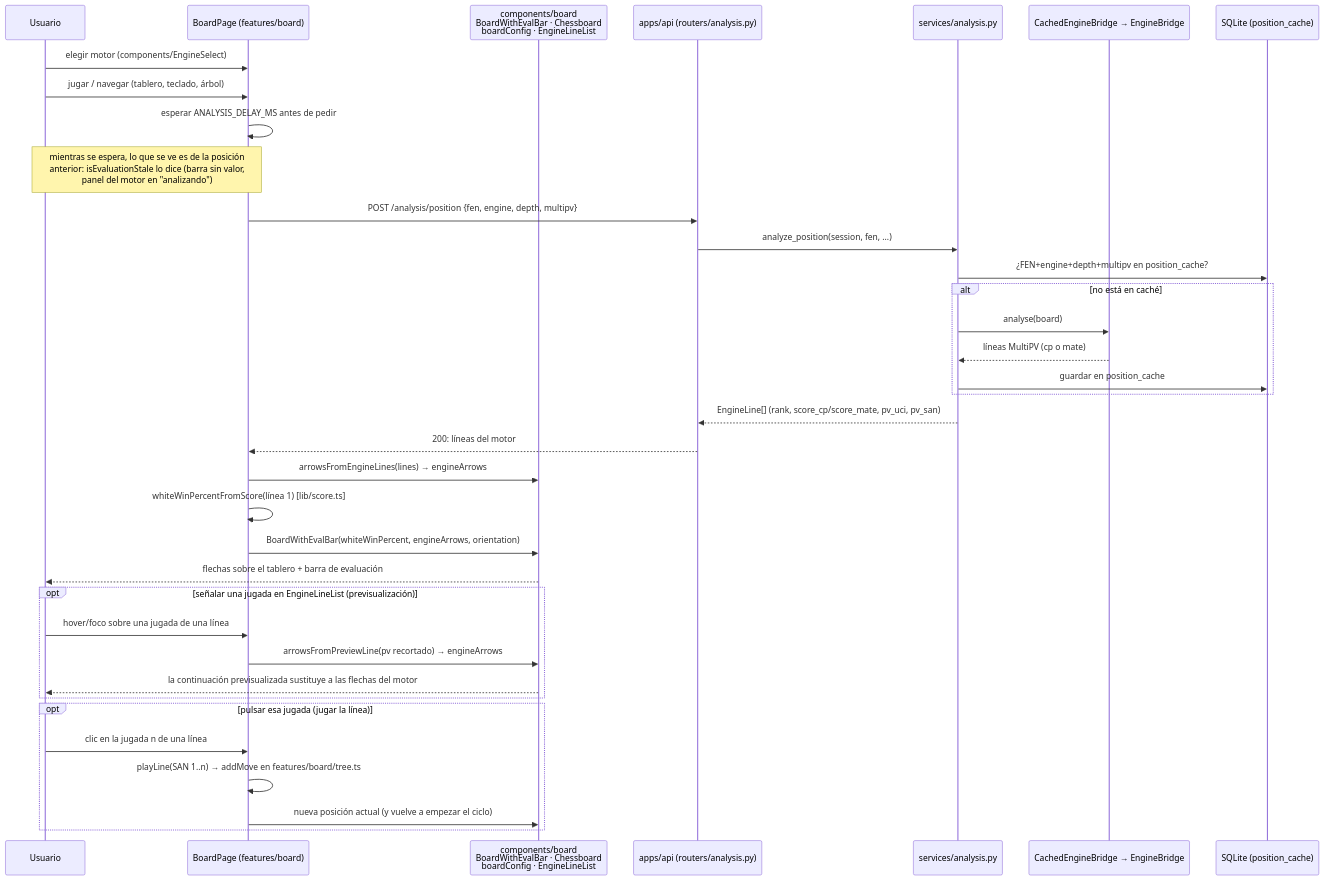
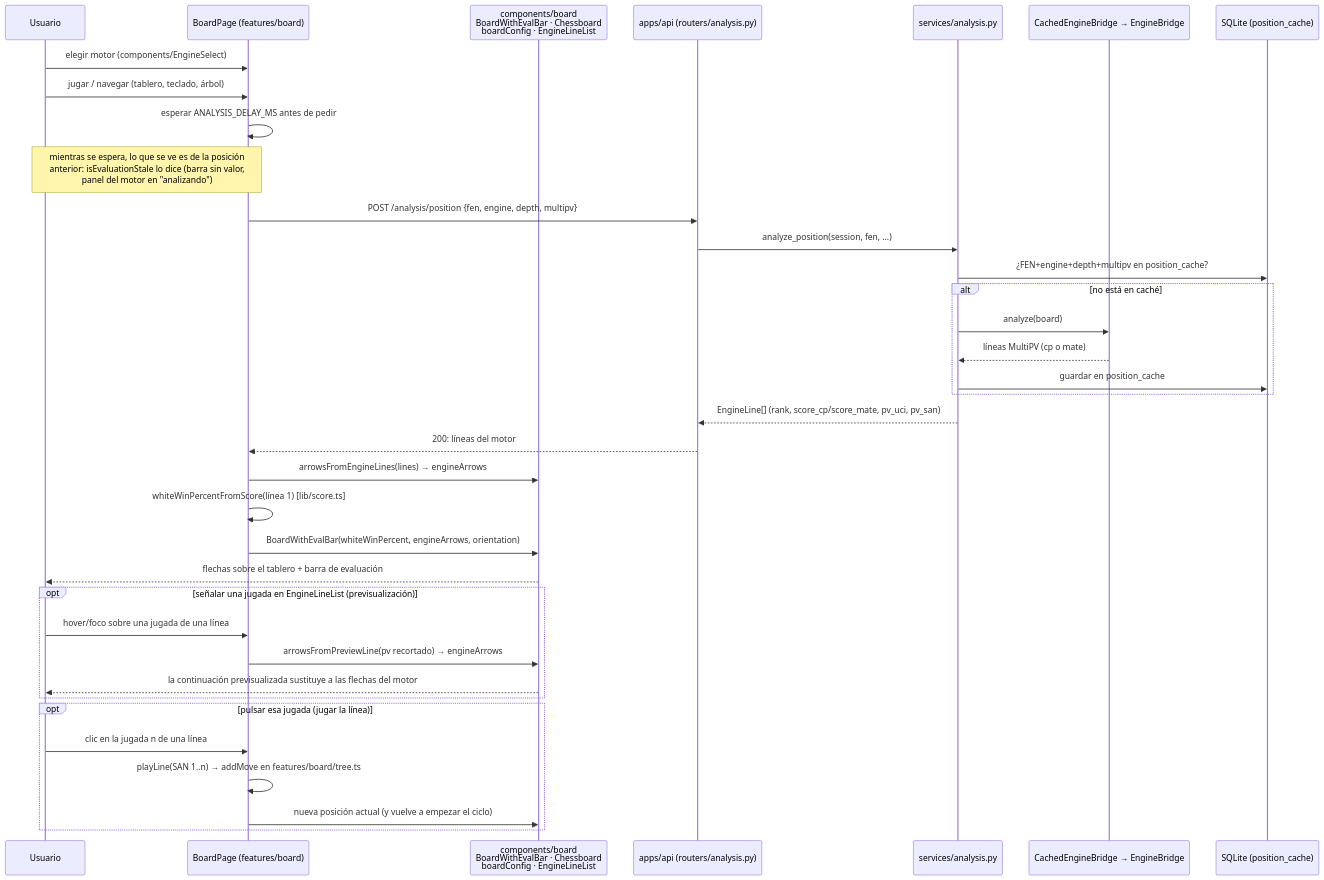
The seventh of 16 diagrams in docs/06-mapa-del-proyecto.md (SirJsus/LUCIA), drawn with Mermaid before and after one commit. The commit also changed other lines of this file and 81 other files, not shown here.

````diff
--- a/docs/06-mapa-del-proyecto.md
+++ b/docs/06-mapa-del-proyecto.md
@@ -518,41 +570,41 @@
 ```mermaid
 sequenceDiagram
     participant U as Usuario
     participant B as BoardPage (features/board)
     participant V as components/board<br/>BoardWithEvalBar · Chessboard<br/>boardConfig · EngineLineList
     participant A as apps/api (routers/analysis.py)
     participant S as services/analysis.py
     participant E as CachedEngineBridge → EngineBridge
     participant DB as SQLite (position_cache)
 
     U->>B: elegir motor (components/EngineSelect)
     U->>B: jugar / navegar (tablero, teclado, árbol)
     B->>B: esperar ANALYSIS_DELAY_MS antes de pedir
     Note over U,B: mientras se espera, lo que se ve es de la posición<br/>anterior: isEvaluationStale lo dice (barra sin valor,<br/>panel del motor en "analizando")
     B->>A: POST /analysis/position {fen, engine, depth, multipv}
     A->>S: analyze_position(session, fen, ...)
     S->>DB: ¿FEN+engine+depth+multipv en position_cache?
     alt no está en caché
-        S->>E: analyse(board)
+        S->>E: analyze(board)
         E-->>S: líneas MultiPV (cp o mate)
         S->>DB: guardar en position_cache
     end
     S-->>A: EngineLine[] (rank, score_cp/score_mate, pv_uci, pv_san)
     A-->>B: 200: líneas del motor
     B->>V: arrowsFromEngineLines(lines) → engineArrows
     B->>B: whiteWinPercentFromScore(línea 1) [lib/score.ts]
     B->>V: BoardWithEvalBar(whiteWinPercent, engineArrows, orientation)
     V-->>U: flechas sobre el tablero + barra de evaluación
 
     opt señalar una jugada en EngineLineList (previsualización)
         U->>B: hover/foco sobre una jugada de una línea
         B->>V: arrowsFromPreviewLine(pv recortado) → engineArrows
         V-->>U: la continuación previsualizada sustituye a las flechas del motor
     end
 
     opt pulsar esa jugada (jugar la línea)
         U->>B: clic en la jugada n de una línea
         B->>B: playLine(SAN 1..n) → addMove en features/board/tree.ts
         B->>V: nueva posición actual (y vuelve a empezar el ciclo)
     end
 ```
````
